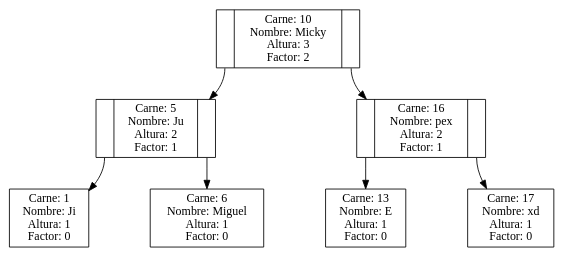
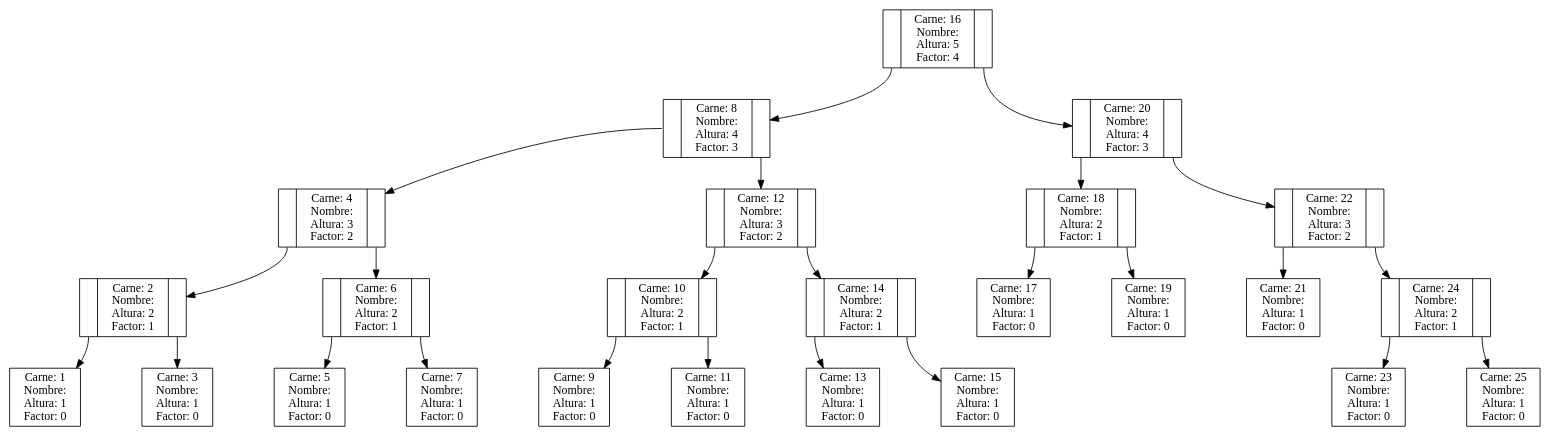
One commit to MickysxD/EDD_2S2019_P2_201700543 changed the diagram in graficaAVL.dot. Above: the diagram before and after it, drawn with Graphviz. The commit also changed 5 other files, not shown here.

```diff
--- a/graficaAVL.dot
+++ b/graficaAVL.dot
@@ -1,21 +1,66 @@
 digraph grafico{
 node [shape = record];
 graph [nodesep = 1];
 rankdir=TB;
-"10"[label= "<C0>| Carne: 10\nNombre: Micky\nAltura: 3\nFactor: 2|<C1>"];
-"5"[label= "<C0>| Carne: 5\nNombre: Ju\nAltura: 2\nFactor: 1|<C1>"];
-"1"[label= "Carne: 1\nNombre: Ji\nAltura: 1\nFactor: 0"];
-"5":C0->"1";
-"6"[label= "Carne: 6\nNombre: Miguel\nAltura: 1\nFactor: 0"];
-"5":C1->"6";
-{rank=same; "1" "6" }
-"10":C0->"5";
-"16"[label= "<C0>| Carne: 16\nNombre: pex\nAltura: 2\nFactor: 1|<C1>"];
-"13"[label= "Carne: 13\nNombre: E\nAltura: 1\nFactor: 0"];
-"16":C0->"13";
-"17"[label= "Carne: 17\nNombre: xd\nAltura: 1\nFactor: 0"];
-"16":C1->"17";
-{rank=same; "13" "17" }
-"10":C1->"16";
-{rank=same; "5" "16" }
+"16"[label= "<C0>| Carne: 16\nNombre: \nAltura: 5\nFactor: 4|<C1>"];
+"8"[label= "<C0>| Carne: 8\nNombre: \nAltura: 4\nFactor: 3|<C1>"];
+"4"[label= "<C0>| Carne: 4\nNombre: \nAltura: 3\nFactor: 2|<C1>"];
+"2"[label= "<C0>| Carne: 2\nNombre: \nAltura: 2\nFactor: 1|<C1>"];
+"1"[label= "Carne: 1\nNombre: \nAltura: 1\nFactor: 0"];
+"2":C0->"1";
+"3"[label= "Carne: 3\nNombre: \nAltura: 1\nFactor: 0"];
+"2":C1->"3";
+{rank=same; "1" "3" }
+"4":C0->"2";
+"6"[label= "<C0>| Carne: 6\nNombre: \nAltura: 2\nFactor: 1|<C1>"];
+"5"[label= "Carne: 5\nNombre: \nAltura: 1\nFactor: 0"];
+"6":C0->"5";
+"7"[label= "Carne: 7\nNombre: \nAltura: 1\nFactor: 0"];
+"6":C1->"7";
+{rank=same; "5" "7" }
+"4":C1->"6";
+{rank=same; "2" "6" }
+"8":C0->"4";
+"12"[label= "<C0>| Carne: 12\nNombre: \nAltura: 3\nFactor: 2|<C1>"];
+"10"[label= "<C0>| Carne: 10\nNombre: \nAltura: 2\nFactor: 1|<C1>"];
+"9"[label= "Carne: 9\nNombre: \nAltura: 1\nFactor: 0"];
+"10":C0->"9";
+"11"[label= "Carne: 11\nNombre: \nAltura: 1\nFactor: 0"];
+"10":C1->"11";
+{rank=same; "9" "11" }
+"12":C0->"10";
+"14"[label= "<C0>| Carne: 14\nNombre: \nAltura: 2\nFactor: 1|<C1>"];
+"13"[label= "Carne: 13\nNombre: \nAltura: 1\nFactor: 0"];
+"14":C0->"13";
+"15"[label= "Carne: 15\nNombre: \nAltura: 1\nFactor: 0"];
+"14":C1->"15";
+{rank=same; "13" "15" }
+"12":C1->"14";
+{rank=same; "10" "14" }
+"8":C1->"12";
+{rank=same; "4" "12" }
+"16":C0->"8";
+"20"[label= "<C0>| Carne: 20\nNombre: \nAltura: 4\nFactor: 3|<C1>"];
+"18"[label= "<C0>| Carne: 18\nNombre: \nAltura: 2\nFactor: 1|<C1>"];
+"17"[label= "Carne: 17\nNombre: \nAltura: 1\nFactor: 0"];
+"18":C0->"17";
+"19"[label= "Carne: 19\nNombre: \nAltura: 1\nFactor: 0"];
+"18":C1->"19";
+{rank=same; "17" "19" }
+"20":C0->"18";
+"22"[label= "<C0>| Carne: 22\nNombre: \nAltura: 3\nFactor: 2|<C1>"];
+"21"[label= "Carne: 21\nNombre: \nAltura: 1\nFactor: 0"];
+"22":C0->"21";
+"24"[label= "<C0>| Carne: 24\nNombre: \nAltura: 2\nFactor: 1|<C1>"];
+"23"[label= "Carne: 23\nNombre: \nAltura: 1\nFactor: 0"];
+"24":C0->"23";
+"25"[label= "Carne: 25\nNombre: \nAltura: 1\nFactor: 0"];
+"24":C1->"25";
+{rank=same; "23" "25" }
+"22":C1->"24";
+{rank=same; "21" "24" }
+"20":C1->"22";
+{rank=same; "18" "22" }
+"16":C1->"20";
+{rank=same; "8" "20" }
 }
```
